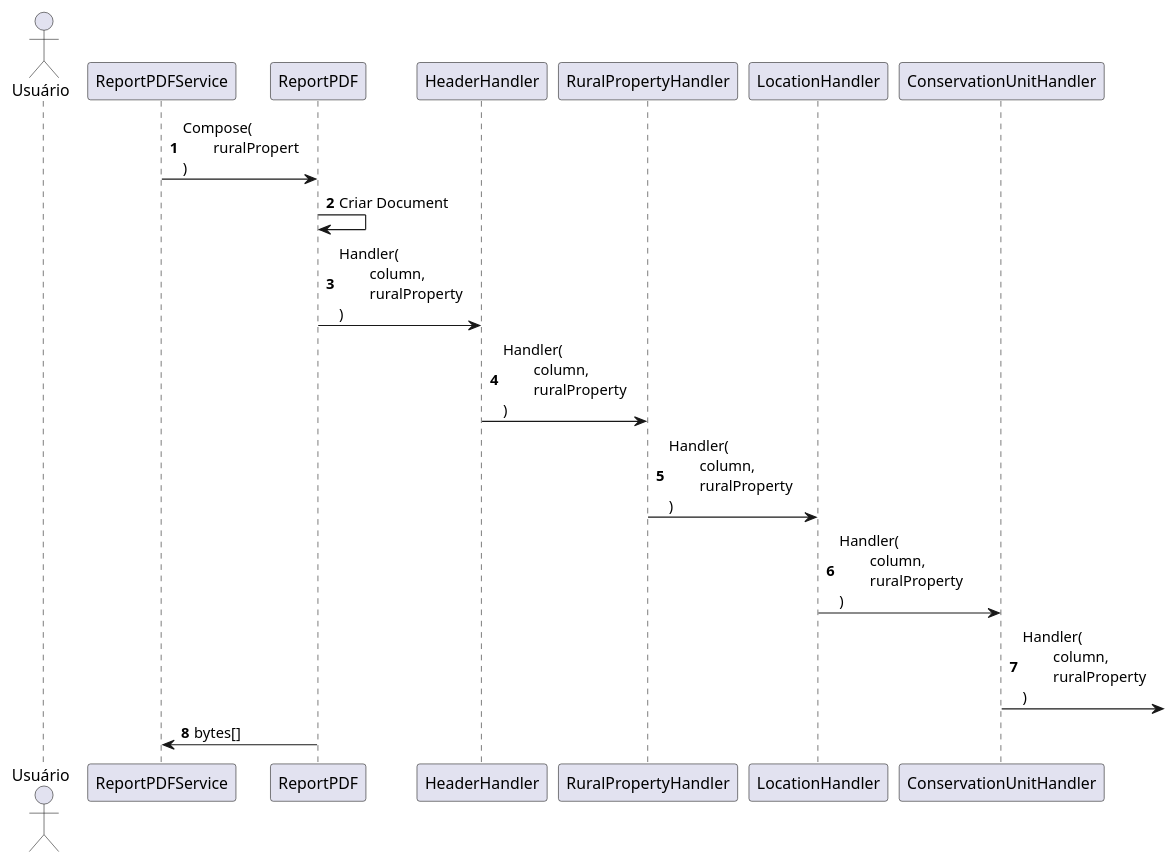
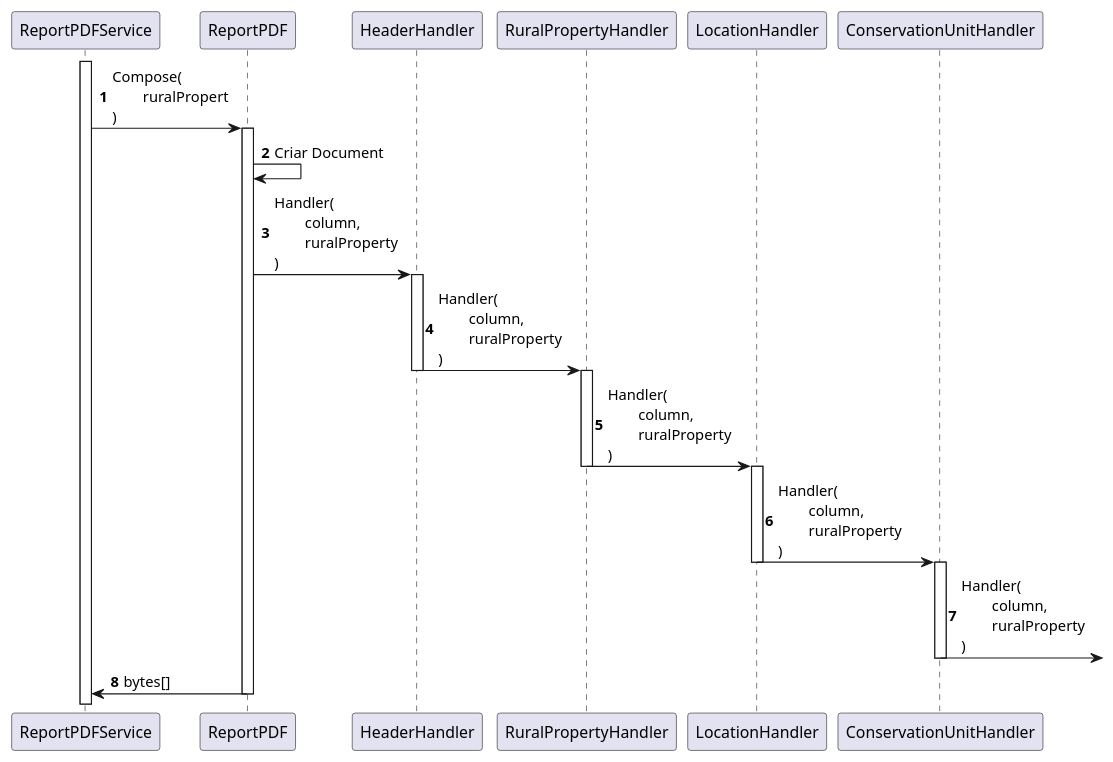
One commit to ruralgises/documentation changed the diagram in sequence-diagram/generete-pdf.plantuml. Above: the diagram before and after it, drawn with PlantUML.

```diff
--- a/sequence-diagram/generete-pdf.plantuml
+++ b/sequence-diagram/generete-pdf.plantuml
@@ -1,13 +1,13 @@
 @startuml
 autonumber
-actor Usuário as Actor
 
-ReportPDFService -> ReportPDF : Compose(\n\truralPropert\n)
+Activate ReportPDFService
+ReportPDFService -> ReportPDF ++: Compose(\n\truralPropert\n)
 ReportPDF -> ReportPDF : Criar Document
-ReportPDF -> HeaderHandler : Handler(\n\tcolumn, \n\truralProperty\n)
-HeaderHandler -> RuralPropertyHandler : Handler(\n\tcolumn, \n\truralProperty\n)
-RuralPropertyHandler -> LocationHandler : Handler(\n\tcolumn, \n\truralProperty\n)
-LocationHandler -> ConservationUnitHandler : Handler(\n\tcolumn, \n\truralProperty\n)
-ConservationUnitHandler ->] : Handler(\n\tcolumn, \n\truralProperty\n)
-ReportPDF -> ReportPDFService : bytes[]
+ReportPDF -> HeaderHandler ++: Handler(\n\tcolumn, \n\truralProperty\n)
+HeaderHandler -> RuralPropertyHandler --++: Handler(\n\tcolumn, \n\truralProperty\n)
+RuralPropertyHandler -> LocationHandler --++: Handler(\n\tcolumn, \n\truralProperty\n)
+LocationHandler -> ConservationUnitHandler --++: Handler(\n\tcolumn, \n\truralProperty\n)
+ConservationUnitHandler ->] --: Handler(\n\tcolumn, \n\truralProperty\n)
+ReportPDF -> ReportPDFService --: bytes[]
 @enduml
```
